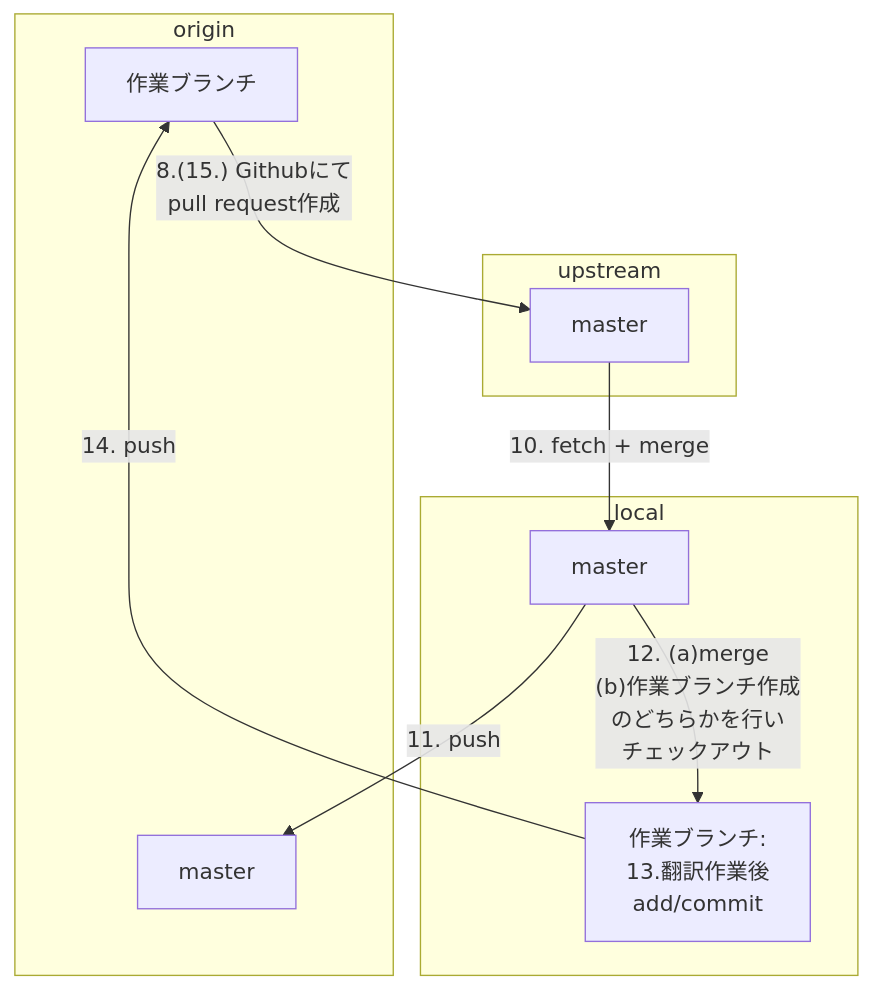
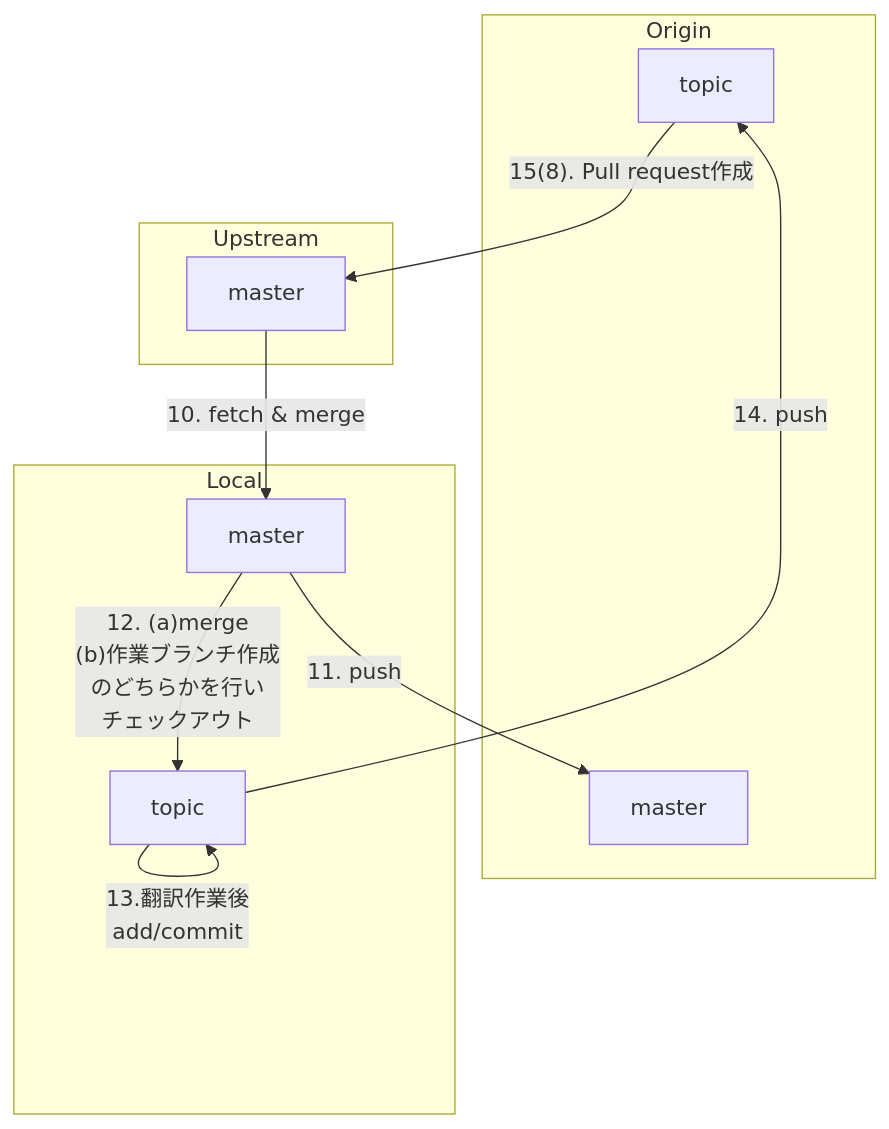
The fifth of 6 diagrams in articles/translate-with-gitandgithub.md (yo-goto/zenn-public-repo), drawn with Mermaid before and after one commit. The commit also changed other lines of this file, not shown here.

````diff
--- a/articles/translate-with-gitandgithub.md
+++ b/articles/translate-with-gitandgithub.md
@@ -258,19 +372,20 @@
 ```mermaid
 graph TD
-	E -->|"8.(15.) Githubにて<br>pull request作成"|A
-	subgraph upstream
+	E -->|"15(8). Pull request作成"|A
+	subgraph Upstream
 	A[master]
 	end
-	subgraph origin
+	subgraph Origin
 	B[master]
-	E[作業ブランチ]
+	E[topic]
 	end
-	subgraph local
+	subgraph Local
 	C[master]
-	D[作業ブランチ:<br>13.翻訳作業後<br>add/commit]
+	D[topic]
+  D -->|13.翻訳作業後<br>add/commit| D
 	C -->|"12. (a)merge<br>(b)作業ブランチ作成<br>のどちらかを行い<br>チェックアウト"|D
 	end
 	C -->|11. push|B
 	D -->|14. push|E
-	A -->|10. fetch + merge|C
+	A -->|10. fetch & merge|C
 ```
````
